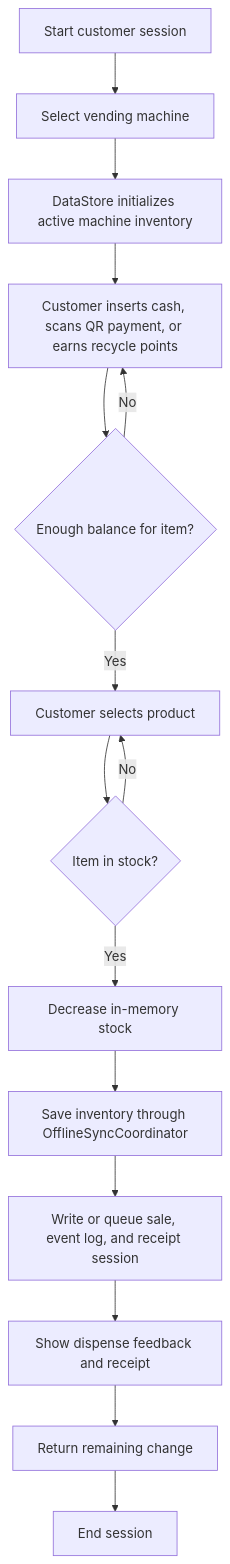
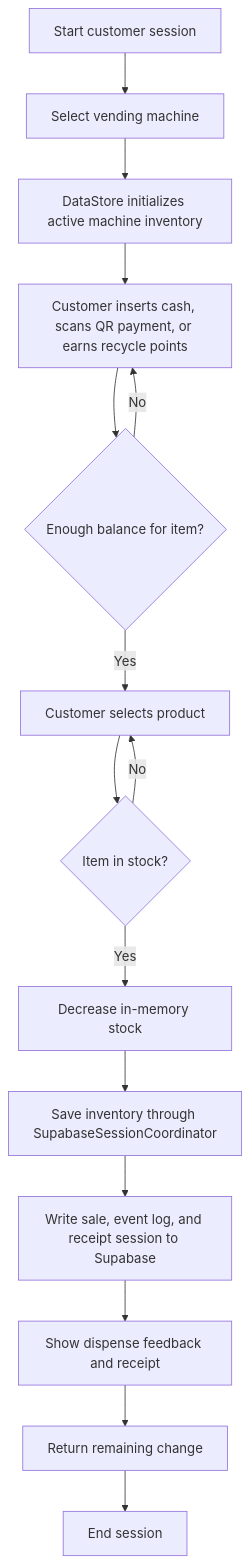
The diagram in docs/diagrams/CUSTOMER_BUYING_FLOW.md (SeanixReal/Eco-Matic-WPF-Supabase), drawn with Mermaid before and after one commit. The commit also changed other lines of this file and 53 other files, not shown here.

````diff
--- a/docs/diagrams/CUSTOMER_BUYING_FLOW.md
+++ b/docs/diagrams/CUSTOMER_BUYING_FLOW.md
@@ -3,17 +3,17 @@
 ```mermaid
 flowchart TD
     A[Start customer session] --> B[Select vending machine]
     B --> C[DataStore initializes active machine inventory]
     C --> D[Customer inserts cash, scans QR payment, or earns recycle points]
     D --> E{Enough balance for item?}
     E -- No --> D
     E -- Yes --> F[Customer selects product]
     F --> G{Item in stock?}
     G -- No --> F
     G -- Yes --> H[Decrease in-memory stock]
-    H --> I[Save inventory through OfflineSyncCoordinator]
-    I --> J[Write or queue sale, event log, and receipt session]
+    H --> I[Save inventory through SupabaseSessionCoordinator]
+    I --> J[Write sale, event log, and receipt session to Supabase]
     J --> K[Show dispense feedback and receipt]
     K --> L[Return remaining change]
     L --> M[End session]
 ```
````
